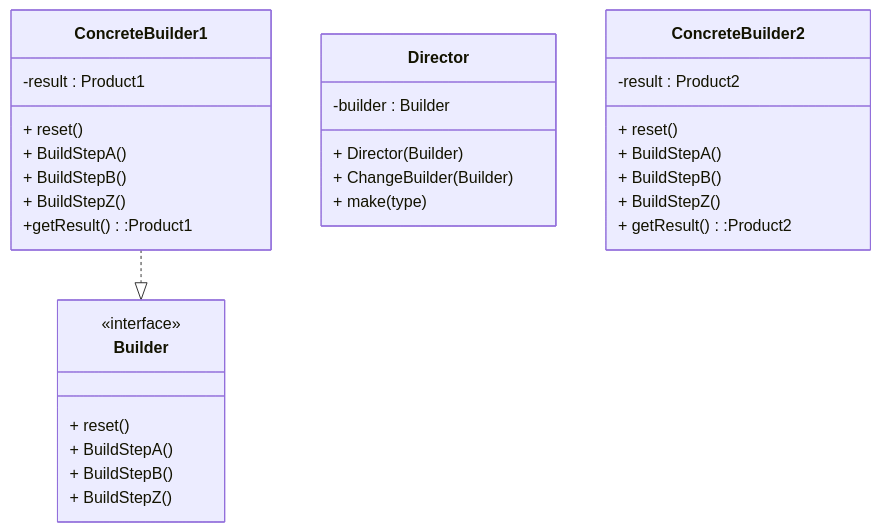
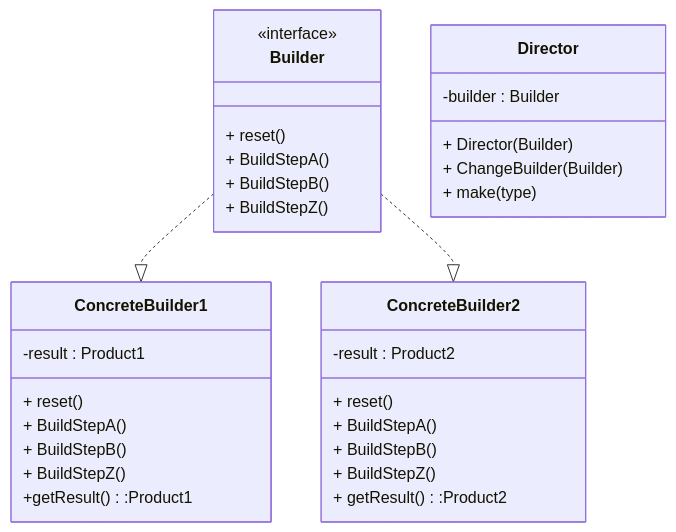
The diagram in Builder/README.md (kirolossedra/Creational-Design-Patterns), drawn with Mermaid before and after one commit.

````diff
--- a/Builder/README.md
+++ b/Builder/README.md
@@ -2,39 +2,40 @@
 ```mermaid
 classDiagram
-ConcreteBuilder1 ..|> Builder
+Builder ..|> ConcreteBuilder1
+Builder ..|> ConcreteBuilder2
 class Builder{
 <<interface>> 
     + reset()
     + BuildStepA()
     + BuildStepB()
     + BuildStepZ()
 }
 
 class Director{
 -builder : Builder
 + Director(Builder)
 + ChangeBuilder(Builder)
 + make(type)
 }
 
 class ConcreteBuilder1{
 -result : Product1
 + reset()
 + BuildStepA()
 + BuildStepB()
 + BuildStepZ()
 +getResult():Product1
 
 }
 
 class ConcreteBuilder2{
 -result : Product2
 + reset()
 + BuildStepA()
 + BuildStepB()
 + BuildStepZ()
 + getResult():Product2
 
 }
 
 ```
````
